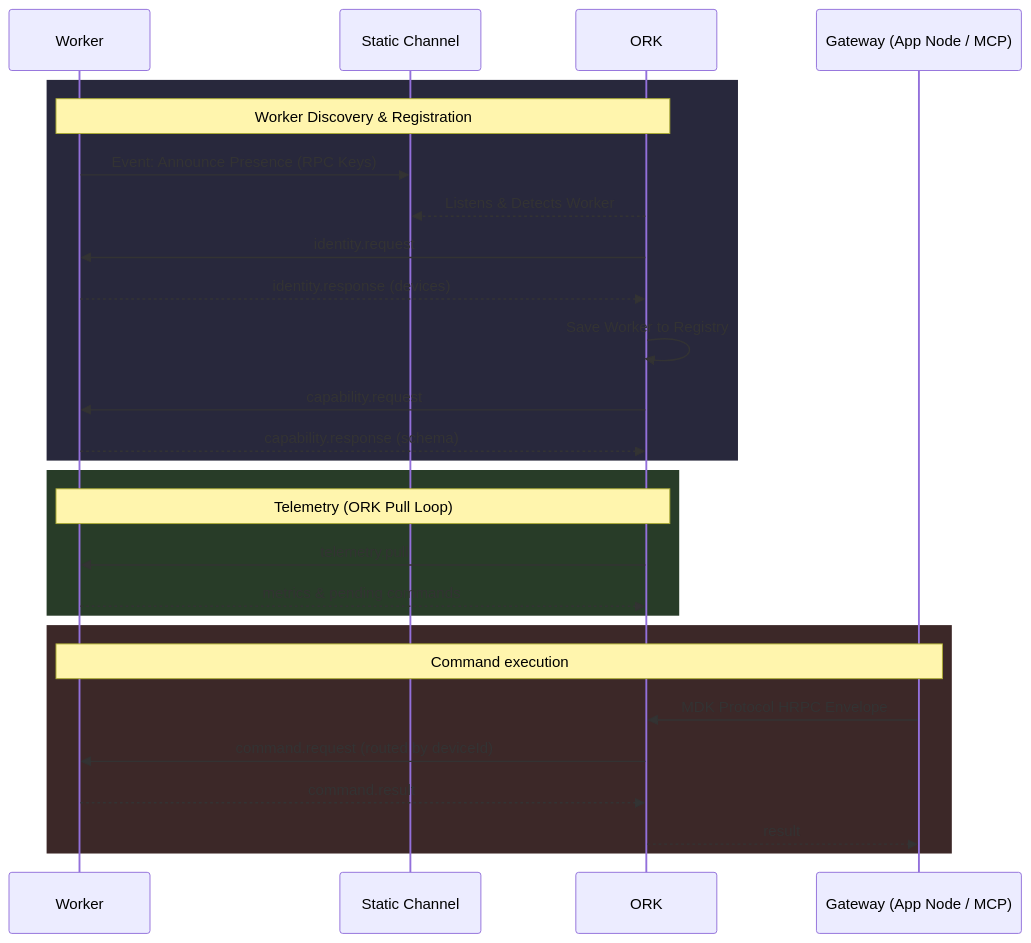
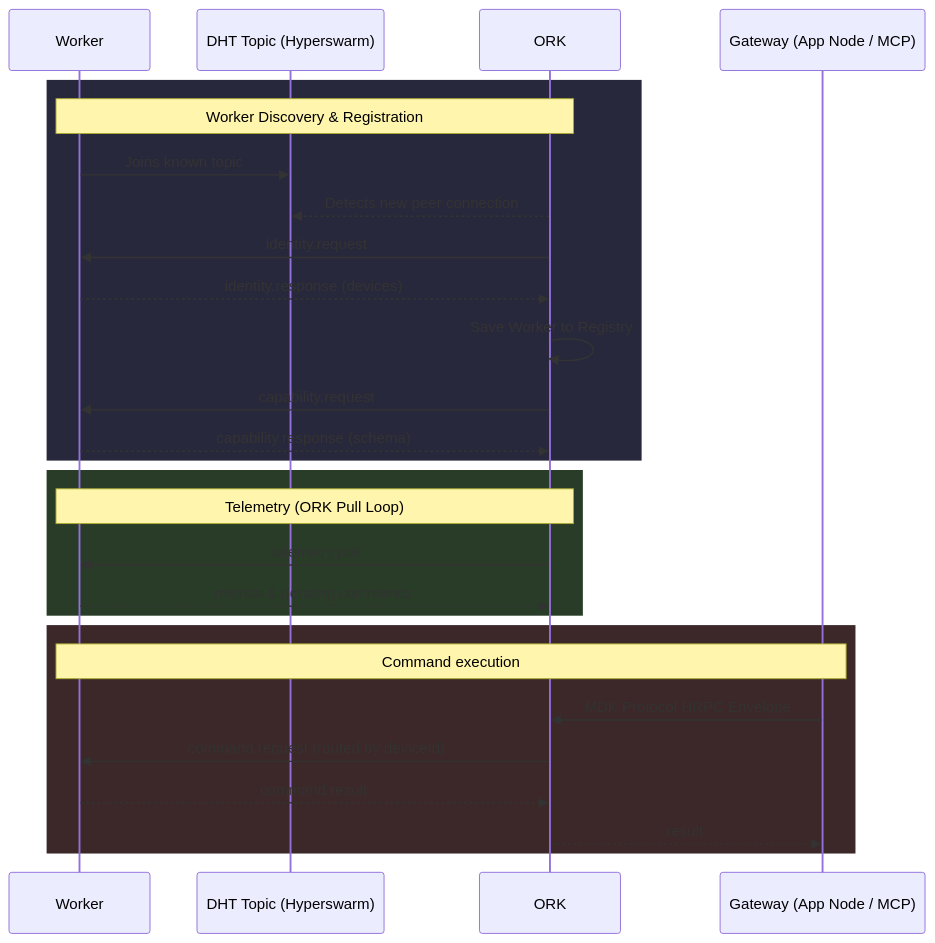
Before and after one commit to Gio-Galt/mdk-be: the second of 13 diagrams in docs/hld.md, drawn with Mermaid. The commit also changed other lines of this file, not shown here.

Commit message:
Use DHT rather than HS Announce RPC

````diff
--- a/docs/hld.md
+++ b/docs/hld.md
@@ -114,32 +114,32 @@
 ```mermaid
 sequenceDiagram
     participant W as Worker
-    participant Ch as Static Channel
+    participant DHT as DHT Topic (Hyperswarm)
     participant O as ORK
     participant G as Gateway (App Node / MCP)
 
     rect rgb(40, 40, 60)
     Note over W,O: Worker Discovery & Registration
-    W->>Ch: Event: Announce Presence (RPC Keys)
-    O-->>Ch: Listens & Detects Worker
+    W->>DHT: Joins known topic
+    O-->>DHT: Detects new peer connection
     O->>W: identity.request
     W-->>O: identity.response (devices)
     O->>O: Save Worker to Registry
     O->>W: capability.request
     W-->>O: capability.response (schema)
     end
 
     rect rgb(40, 60, 40)
     Note over O,W: Telemetry (ORK Pull Loop)
     O->>W: telemetry.pull
     W-->>O: metrics & pending commands
     end
 
     rect rgb(60, 40, 40)
     Note over G,W: Command execution
     G->>O: MDK Protocol HRPC Envelope
     O->>W: command.request (routed by deviceId)
     W-->>O: command.result
     O-->>G: result
     end
 ```
````
